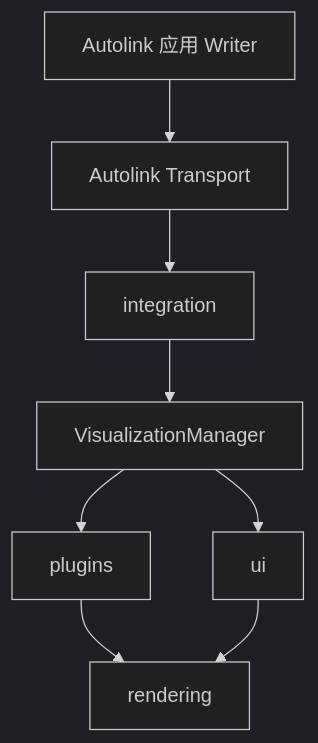
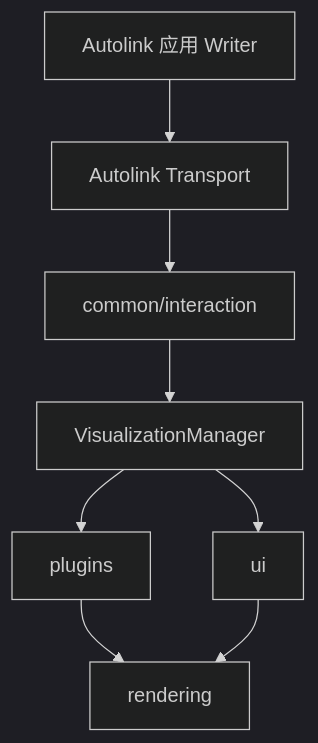
The first of 2 diagrams in autoviz/docs/architecture/overview.md (quandy2020/autonomy), drawn with Mermaid (dark theme) before and after one commit. The commit also changed other lines of this file and 2184 other files, not shown here.

````diff
--- a/autoviz/docs/architecture/overview.md
+++ b/autoviz/docs/architecture/overview.md
@@ -18,10 +18,10 @@
 ```mermaid
 flowchart TB
   Apps[Autolink 应用 Writer] --> AL[Autolink Transport]
-  AL --> INT[integration]
+  AL --> INT[common/interaction]
   INT --> VM[VisualizationManager]
   VM --> DISP[plugins]
   VM --> UI[ui]
   DISP --> REND[rendering]
   UI --> REND
 ```
````
